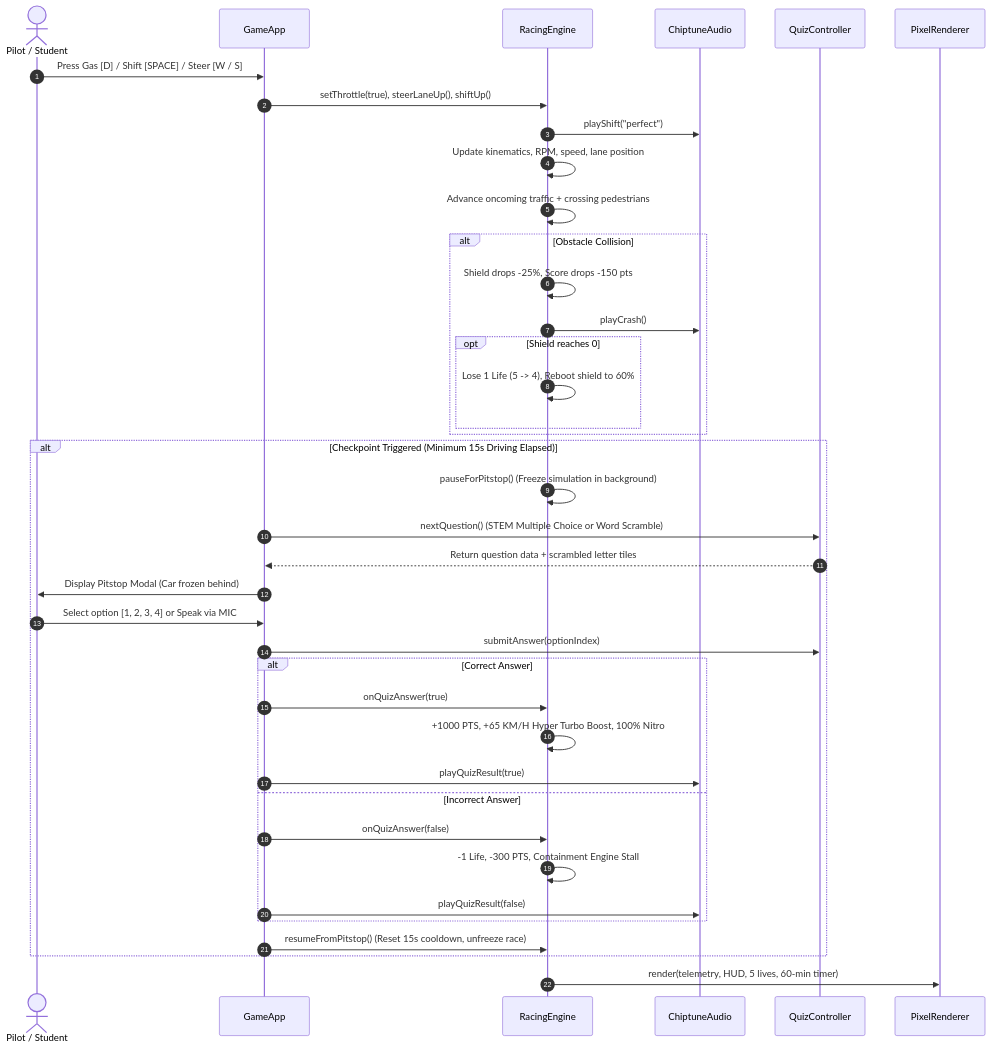
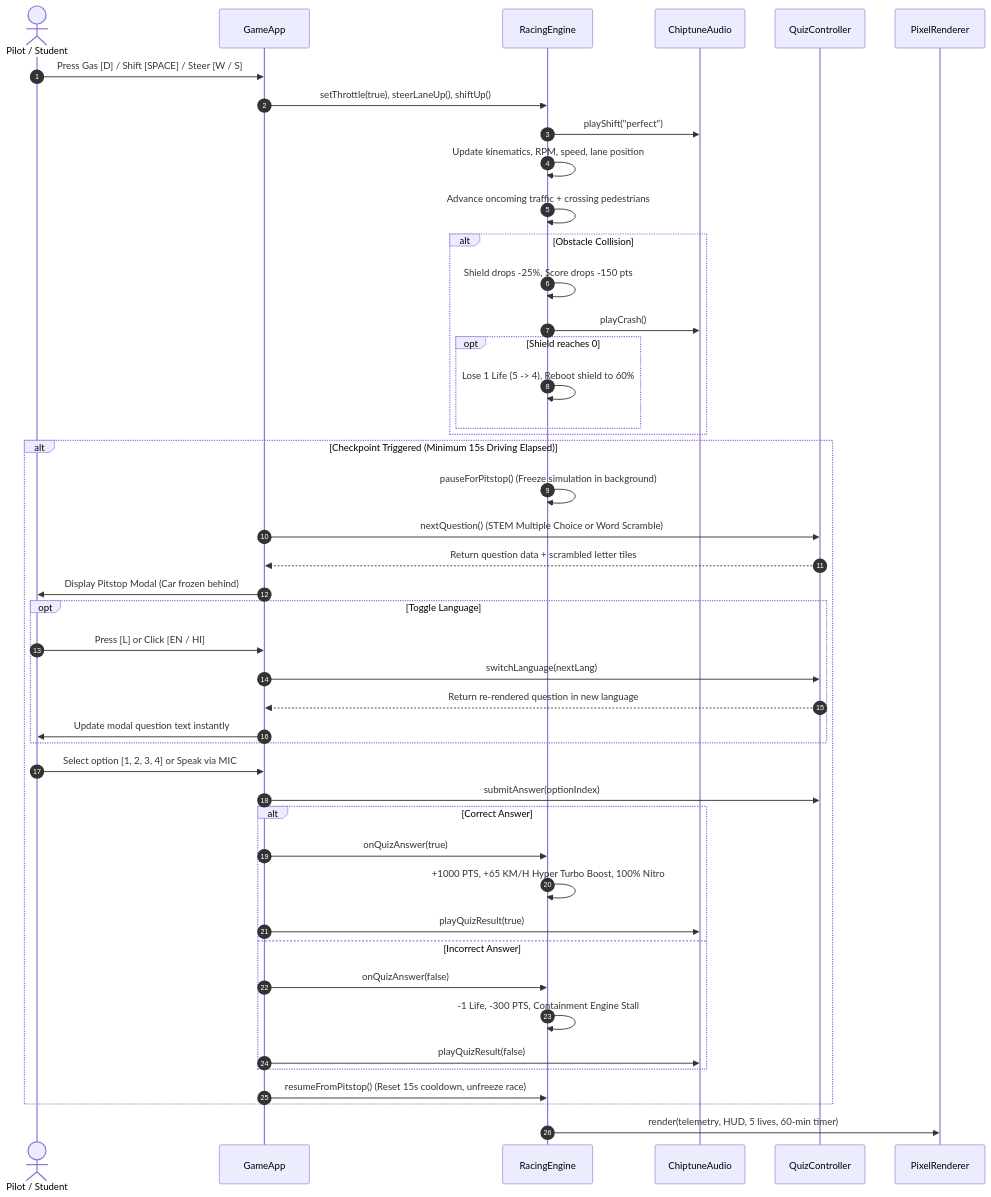
One commit to z99wE/gojodojo changed the second of 2 diagrams in README.md. Above: the diagram before and after it, drawn with Mermaid. The commit also changed other lines of this file and 20 other files, not shown here.

Commit message:
feat: rebrand to GojoDojo by Codebenders, add initial splash loading screen, on-the-fly quiz language toggle, and snappy controls

````diff
--- a/README.md
+++ b/README.md
@@ -233,45 +239,51 @@
 ```mermaid
 sequenceDiagram
     autonumber
     actor Player as Pilot / Student
     participant Main as GameApp
     participant Engine as RacingEngine
     participant Audio as ChiptuneAudio
     participant Quiz as QuizController
     participant Canvas as PixelRenderer
 
     Player->>Main: Press Gas [D] / Shift [SPACE] / Steer [W / S]
     Main->>Engine: setThrottle(true), steerLaneUp(), shiftUp()
     Engine->>Audio: playShift("perfect")
     Engine->>Engine: Update kinematics, RPM, speed, lane position
     Engine->>Engine: Advance oncoming traffic + crossing pedestrians
     
     alt Obstacle Collision
         Engine->>Engine: Shield drops -25%, Score drops -150 pts
         Engine->>Audio: playCrash()
         opt Shield reaches 0
             Engine->>Engine: Lose 1 Life (5 -> 4), Reboot shield to 60%
         end
     end
 
     alt Checkpoint Triggered (Minimum 15s Driving Elapsed)
         Engine->>Engine: pauseForPitstop() (Freeze simulation in background)
         Main->>Quiz: nextQuestion() (STEM Multiple Choice or Word Scramble)
         Quiz-->>Main: Return question data + scrambled letter tiles
         Main->>Player: Display Pitstop Modal (Car frozen behind)
+        opt Toggle Language
+            Player->>Main: Press [L] or Click [EN / HI]
+            Main->>Quiz: switchLanguage(nextLang)
+            Quiz-->>Main: Return re-rendered question in new language
+            Main->>Player: Update modal question text instantly
+        end
         Player->>Main: Select option [1, 2, 3, 4] or Speak via MIC
         Main->>Quiz: submitAnswer(optionIndex)
         alt Correct Answer
             Main->>Engine: onQuizAnswer(true)
             Engine->>Engine: +1000 PTS, +65 KM/H Hyper Turbo Boost, 100% Nitro
             Main->>Audio: playQuizResult(true)
         else Incorrect Answer
             Main->>Engine: onQuizAnswer(false)
             Engine->>Engine: -1 Life, -300 PTS, Containment Engine Stall
             Main->>Audio: playQuizResult(false)
         end
         Main->>Engine: resumeFromPitstop() (Reset 15s cooldown, unfreeze race)
     end
 
     Engine->>Canvas: render(telemetry, HUD, 5 lives, 60-min timer)
 ```
````
